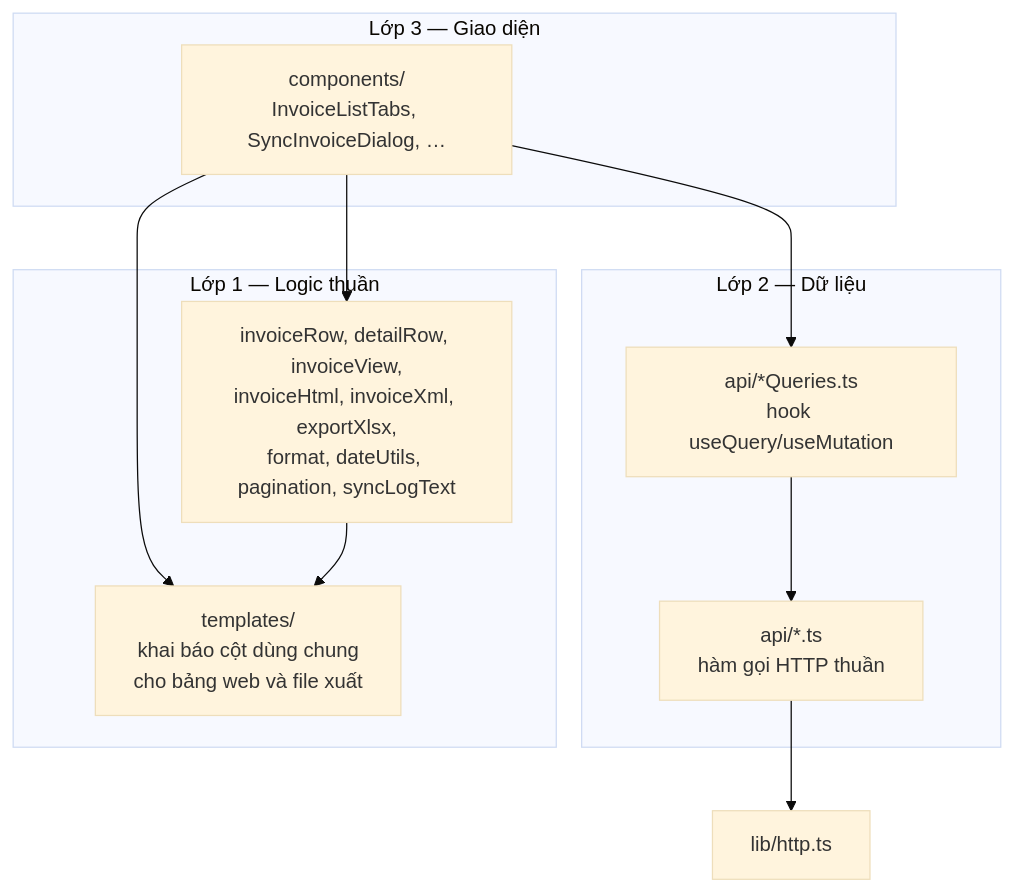
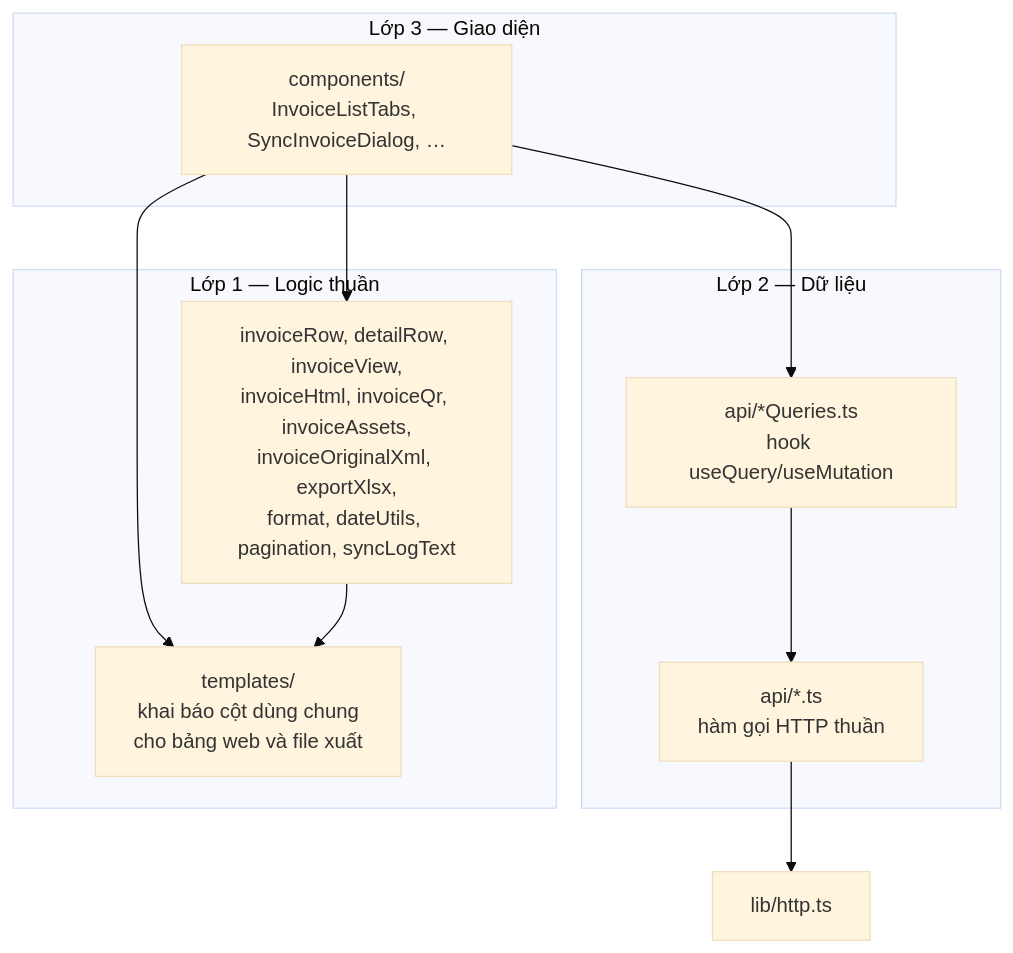
One commit to phamvinh203/be_maxv changed the first of 2 diagrams in hdđt_maxv/docs/03-kien-truc-va-thu-muc.md. Above: the diagram before and after it, drawn with Mermaid (base theme). The commit also changed 20 other files, not shown here.

````diff
--- a/hdđt_maxv/docs/03-kien-truc-va-thu-muc.md
+++ b/hdđt_maxv/docs/03-kien-truc-va-thu-muc.md
@@ -94,21 +94,21 @@
 ```mermaid
 flowchart TD
     subgraph L3["Lớp 3 — Giao diện"]
         C["components/<br/>InvoiceListTabs, SyncInvoiceDialog, …"]
     end
     subgraph L2["Lớp 2 — Dữ liệu"]
         Q["api/*Queries.ts<br/>hook useQuery/useMutation"]
         A["api/*.ts<br/>hàm gọi HTTP thuần"]
     end
     subgraph L1["Lớp 1 — Logic thuần"]
-        U["invoiceRow, detailRow, invoiceView,<br/>invoiceHtml, invoiceXml, exportXlsx,<br/>format, dateUtils, pagination, syncLogText"]
+        U["invoiceRow, detailRow, invoiceView,<br/>invoiceHtml, invoiceQr, invoiceAssets,<br/>invoiceOriginalXml, exportXlsx,<br/>format, dateUtils, pagination, syncLogText"]
         T["templates/<br/>khai báo cột dùng chung<br/>cho bảng web và file xuất"]
     end
 
     C --> Q
     C --> U
     C --> T
     U --> T
     Q --> A
     A --> HTTP["lib/http.ts"]
 ```
````
